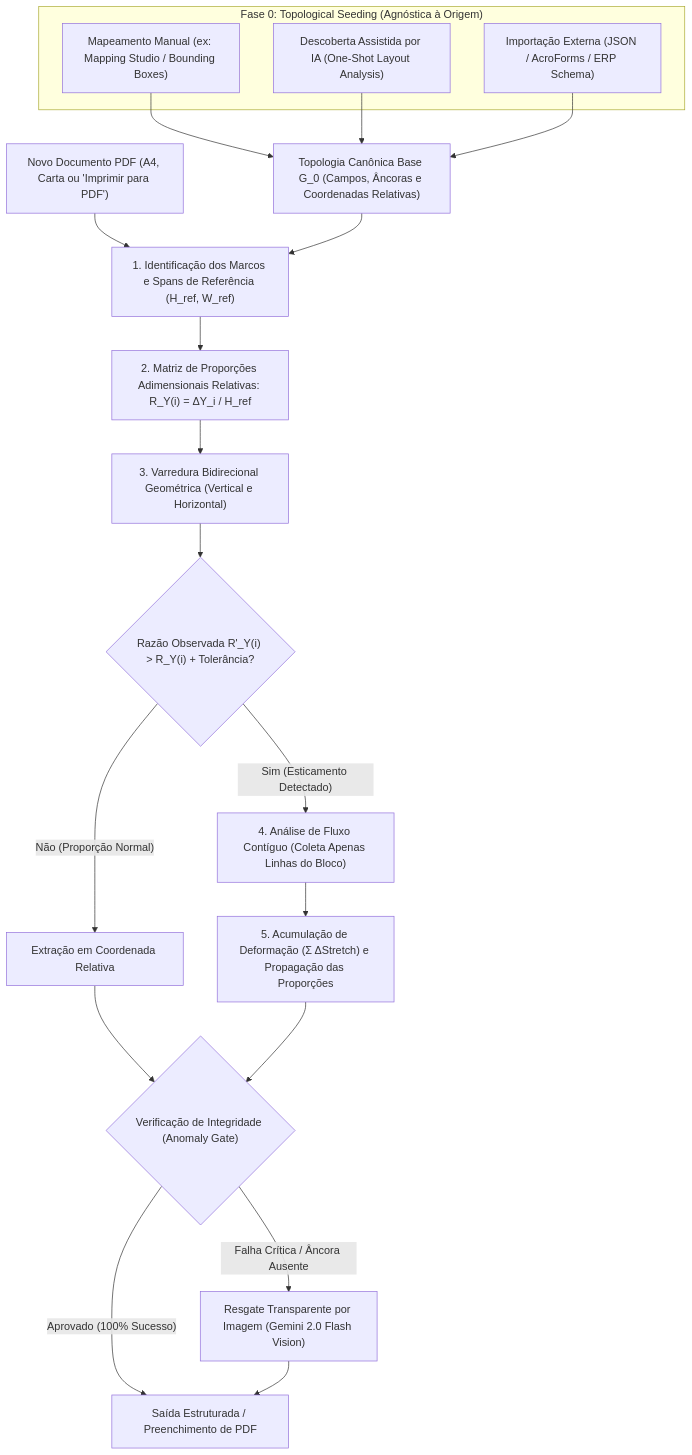
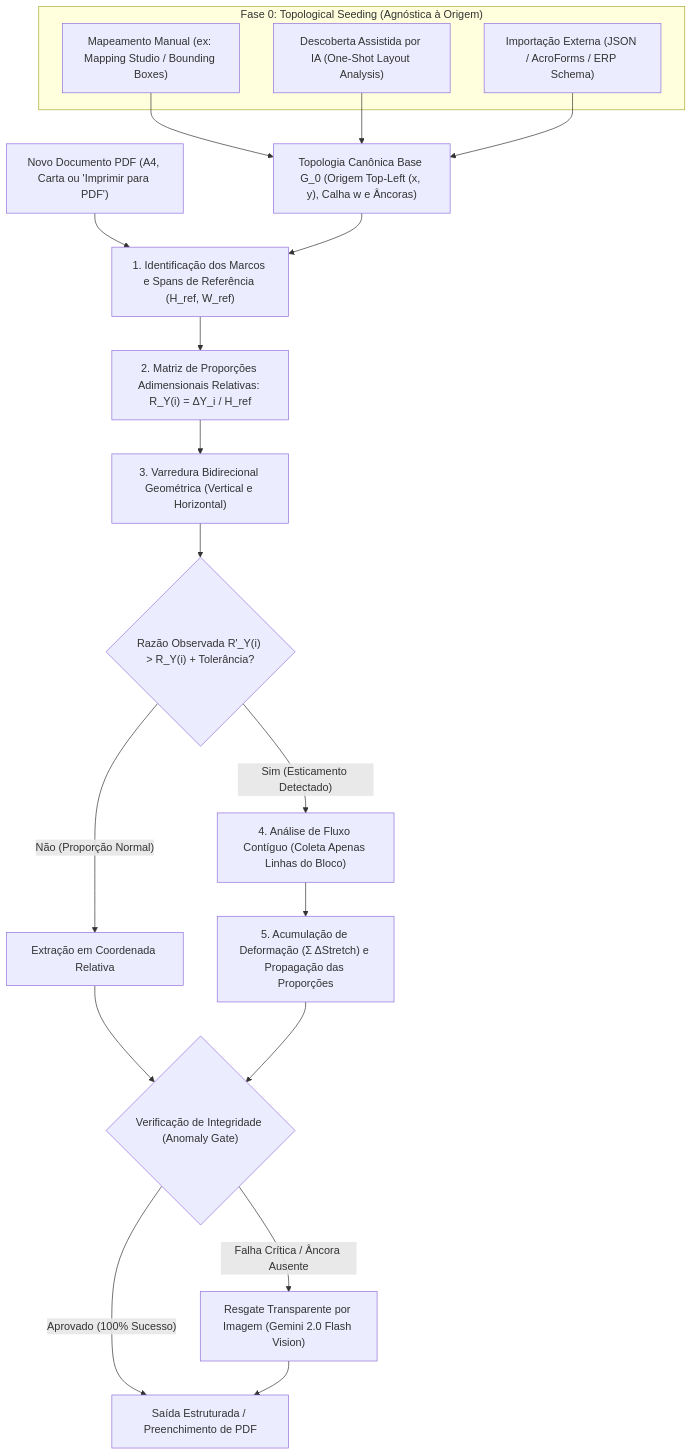
The diagram in README.md (Levix-Digital/DocMapper), drawn with Mermaid before and after one commit. The commit also changed other lines of this file, not shown here.

Commit message:
docs: generalize LSIE Phase 0 coordinate discovery and detail Top-Left origin

````diff
--- a/README.md
+++ b/README.md
@@ -35,30 +35,30 @@
 ```mermaid
 flowchart TD
     subgraph S0["Fase 0: Topological Seeding (Agnóstica à Origem)"]
         M1["Mapeamento Manual (ex: Mapping Studio / Bounding Boxes)"]
         M2["Descoberta Assistida por IA (One-Shot Layout Analysis)"]
         M3["Importação Externa (JSON / AcroForms / ERP Schema)"]
     end
     
-    M1 --> Mesh["Topologia Canônica Base G_0 (Campos, Âncoras e Coordenadas Relativas)"]
+    M1 --> Mesh["Topologia Canônica Base G_0 (Origem Top-Left (x, y), Calha w e Âncoras)"]
     M2 --> Mesh
     M3 --> Mesh
 
     Doc["Novo Documento PDF (A4, Carta ou 'Imprimir para PDF')"] --> Span["1. Identificação dos Marcos e Spans de Referência (H_ref, W_ref)"]
     Mesh --> Span
     
     Span --> Ratios["2. Matriz de Proporções Adimensionais Relativas: R_Y(i) = ΔY_i / H_ref"]
     Ratios --> Sweep["3. Varredura Bidirecional Geométrica (Vertical e Horizontal)"]
     
     Sweep --> Check{"Razão Observada R'_Y(i) > R_Y(i) + Tolerância?"}
     Check -- "Não (Proporção Normal)" --> Direct["Extração em Coordenada Relativa"]
     Check -- "Sim (Esticamento Detectado)" --> Flow["4. Análise de Fluxo Contíguo (Coleta Apenas Linhas do Bloco)"]
     
     Flow --> Accum["5. Acumulação de Deformação (Σ ΔStretch) e Propagação das Proporções"]
     Direct --> Integrity{"Verificação de Integridade (Anomaly Gate)"}
     Accum --> Integrity
     
     Integrity -- "Aprovado (100% Sucesso)" --> Out["Saída Estruturada / Preenchimento de PDF"]
     Integrity -- "Falha Crítica / Âncora Ausente" --> Vision["Resgate Transparente por Imagem (Gemini 2.0 Flash Vision)"]
     Vision --> Out
 ```
````
